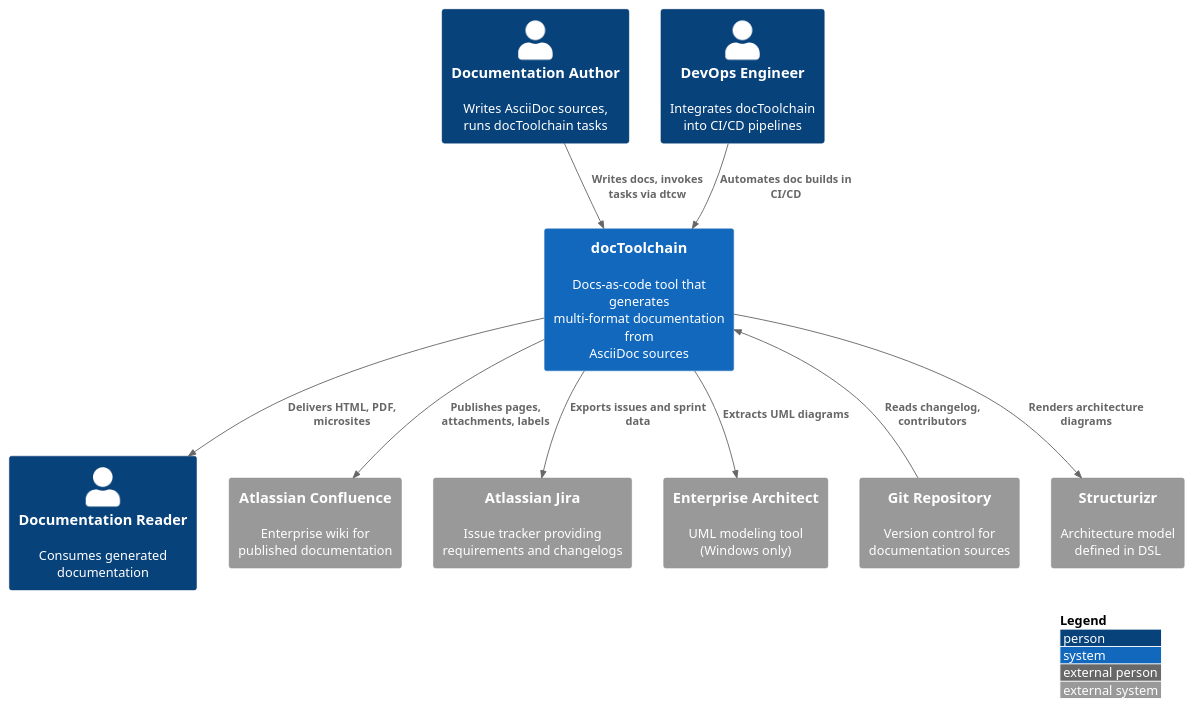
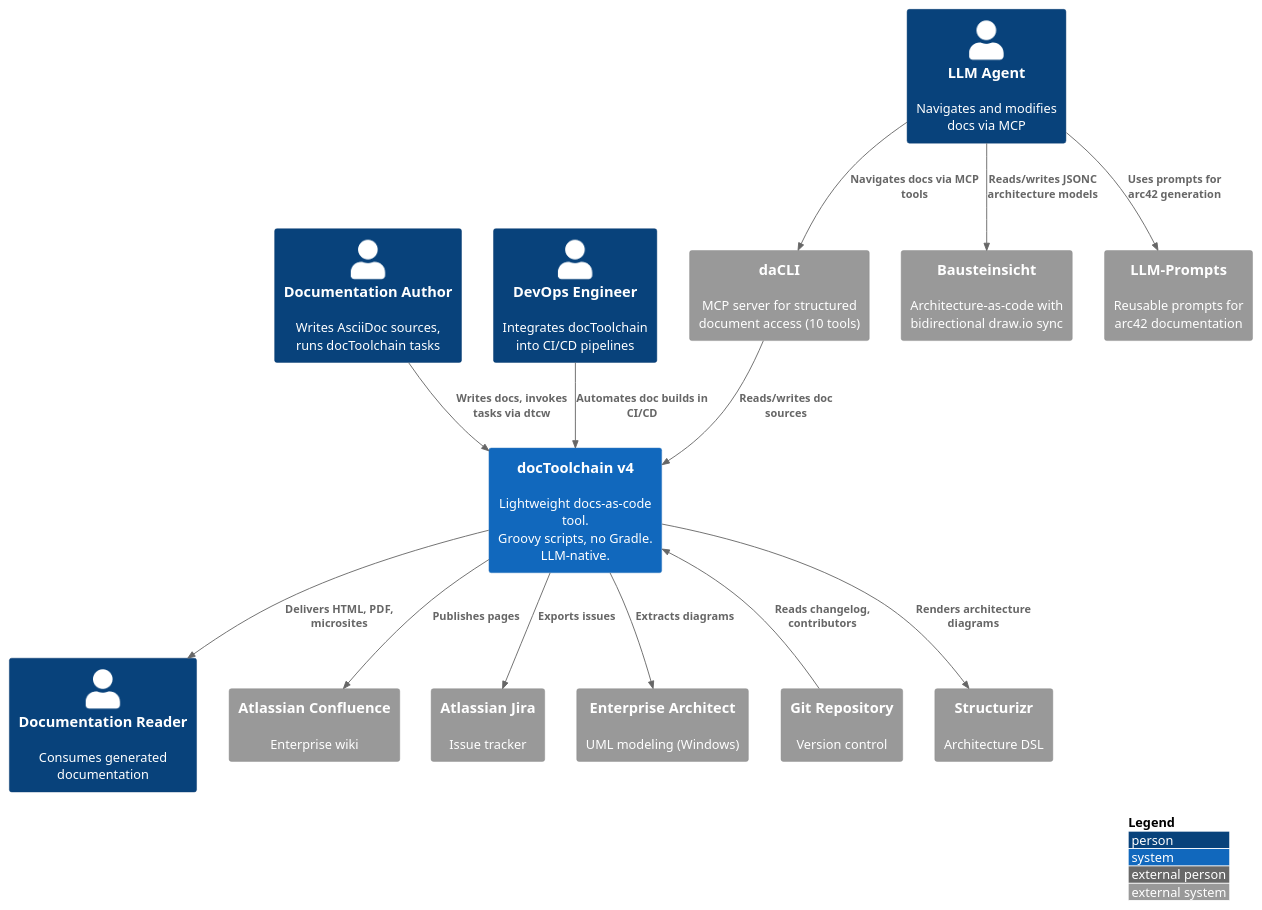
The diagram in src/docs/arc42/chapters/03_context_and_scope.adoc (raifdmueller/docToolchain), drawn with PlantUML before and after one commit. The commit also changed other lines of this file and 31 other files, not shown here.

First line of the commit message:
docs: v4 architecture — PRD, specification, ADRs, quality scenarios

```diff
--- a/src/docs/arc42/chapters/03_context_and_scope.adoc
+++ b/src/docs/arc42/chapters/03_context_and_scope.adoc
@@ -22,29 +22,38 @@
 [plantuml,business-context,png]
 ----
 @startuml
 !include <C4/C4_Context>
 
 LAYOUT_WITH_LEGEND()
 
 Person(author, "Documentation Author", "Writes AsciiDoc sources,\nruns docToolchain tasks")
 Person(devops, "DevOps Engineer", "Integrates docToolchain\ninto CI/CD pipelines")
 Person(reader, "Documentation Reader", "Consumes generated\ndocumentation")
+Person(llm, "LLM Agent", "Navigates and modifies\ndocs via MCP")
 
-System(dtc, "docToolchain", "Docs-as-code tool that generates\nmulti-format documentation from\nAsciiDoc sources")
+System(dtc, "docToolchain v4", "Lightweight docs-as-code tool.\nGroovy scripts, no Gradle.\nLLM-native.")
 
-System_Ext(confluence, "Atlassian Confluence", "Enterprise wiki for\npublished documentation")
-System_Ext(jira, "Atlassian Jira", "Issue tracker providing\nrequirements and changelogs")
-System_Ext(ea, "Enterprise Architect", "UML modeling tool\n(Windows only)")
-System_Ext(git, "Git Repository", "Version control for\ndocumentation sources")
-System_Ext(structurizr, "Structurizr", "Architecture model\ndefined in DSL")
+System_Ext(dacli, "daCLI", "MCP server for structured\ndocument access (10 tools)")
+System_Ext(bausteinsicht, "Bausteinsicht", "Architecture-as-code with\nbidirectional draw.io sync")
+System_Ext(llmprompts, "LLM-Prompts", "Reusable prompts for\narc42 documentation")
+
+System_Ext(confluence, "Atlassian Confluence", "Enterprise wiki")
+System_Ext(jira, "Atlassian Jira", "Issue tracker")
+System_Ext(ea, "Enterprise Architect", "UML modeling (Windows)")
+System_Ext(git, "Git Repository", "Version control")
+System_Ext(structurizr, "Structurizr", "Architecture DSL")
 
 Rel(author, dtc, "Writes docs, invokes tasks via dtcw")
 Rel(devops, dtc, "Automates doc builds in CI/CD")
 Rel(dtc, reader, "Delivers HTML, PDF, microsites")
-Rel(dtc, confluence, "Publishes pages, attachments, labels")
-Rel(dtc, jira, "Exports issues and sprint data")
-Rel(dtc, ea, "Extracts UML diagrams")
+Rel(llm, dacli, "Navigates docs via MCP tools")
+Rel(dacli, dtc, "Reads/writes doc sources")
+Rel(llm, llmprompts, "Uses prompts for\narc42 generation")
+Rel(llm, bausteinsicht, "Reads/writes JSONC\narchitecture models")
+Rel(dtc, confluence, "Publishes pages")
+Rel(dtc, jira, "Exports issues")
+Rel(dtc, ea, "Extracts diagrams")
 Rel_Back(dtc, git, "Reads changelog, contributors")
 Rel(dtc, structurizr, "Renders architecture diagrams")
 @enduml
 ----
```
